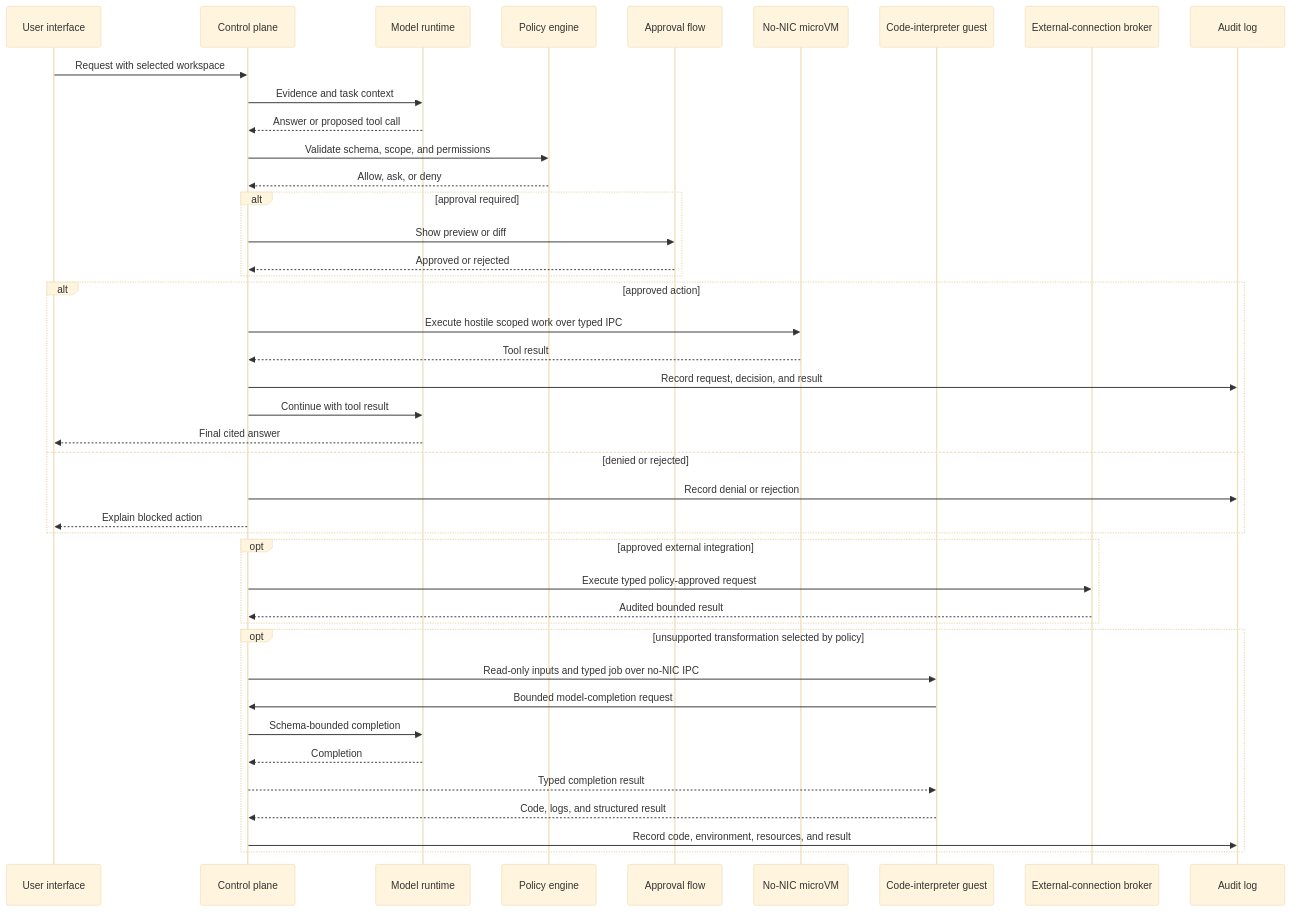
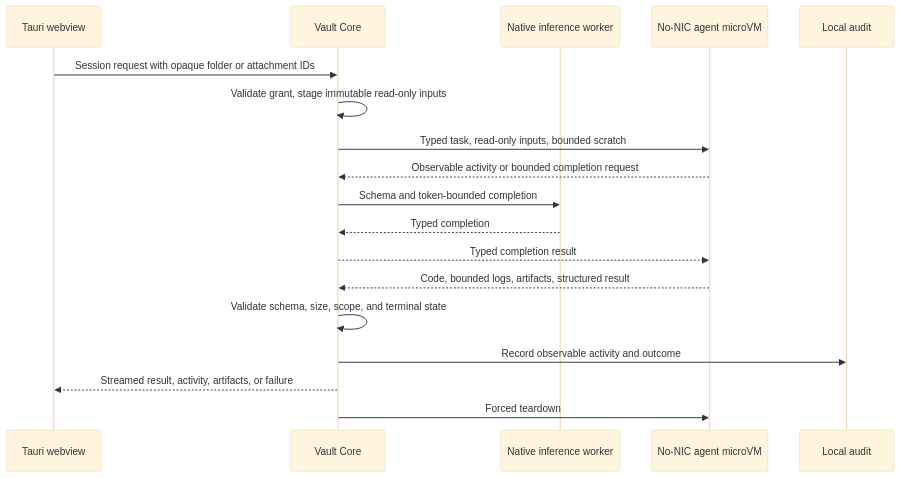
One commit to alex-alecu/vault-desk changed the diagram in docs/diagrams/security-boundaries.md. Above: the diagram before and after it, drawn with Mermaid (base theme). The commit also changed other lines of this file and 96 other files, not shown here.

````diff
--- a/docs/diagrams/security-boundaries.md
+++ b/docs/diagrams/security-boundaries.md
@@ -5,45 +5,21 @@
 ```mermaid
 sequenceDiagram
-    participant UI as User interface
-    participant CP as Control plane
-    participant Model as Model runtime
-    participant Policy as Policy engine
-    participant Approval as Approval flow
-    participant Sandbox as No-NIC microVM
-    participant Code as Code-interpreter guest
-    participant Broker as External-connection broker
-    participant Audit as Audit log
+    participant UI as Tauri webview
+    participant Core as Vault Core
+    participant Model as Native inference worker
+    participant VM as No-NIC agent microVM
+    participant Audit as Local audit
 
-    UI->>CP: Request with selected workspace
-    CP->>Model: Evidence and task context
-    Model-->>CP: Answer or proposed tool call
-    CP->>Policy: Validate schema, scope, and permissions
-    Policy-->>CP: Allow, ask, or deny
-    alt approval required
-        CP->>Approval: Show preview or diff
-        Approval-->>CP: Approved or rejected
-    end
-    alt approved action
-        CP->>Sandbox: Execute hostile scoped work over typed IPC
-        Sandbox-->>CP: Tool result
-        CP->>Audit: Record request, decision, and result
-        CP->>Model: Continue with tool result
-        Model-->>UI: Final cited answer
-    else denied or rejected
-        CP->>Audit: Record denial or rejection
-        CP-->>UI: Explain blocked action
-    end
-    opt approved external integration
-        CP->>Broker: Execute typed policy-approved request
-        Broker-->>CP: Audited bounded result
-    end
-    opt unsupported transformation selected by policy
-        CP->>Code: Read-only inputs and typed job over no-NIC IPC
-        Code->>CP: Bounded model-completion request
-        CP->>Model: Schema-bounded completion
-        Model-->>CP: Completion
-        CP-->>Code: Typed completion result
-        Code-->>CP: Code, logs, and structured result
-        CP->>Audit: Record code, environment, resources, and result
-    end
+    UI->>Core: Session request with opaque folder or attachment IDs
+    Core->>Core: Validate grant, stage immutable read-only inputs
+    Core->>VM: Typed task, read-only inputs, bounded scratch
+    VM-->>Core: Observable activity or bounded completion request
+    Core->>Model: Schema and token-bounded completion
+    Model-->>Core: Typed completion
+    Core-->>VM: Typed completion result
+    VM-->>Core: Code, bounded logs, artifacts, structured result
+    Core->>Core: Validate schema, size, scope, and terminal state
+    Core->>Audit: Record observable activity and outcome
+    Core-->>UI: Streamed result, activity, artifacts, or failure
+    Core->>VM: Forced teardown
 ```
````
